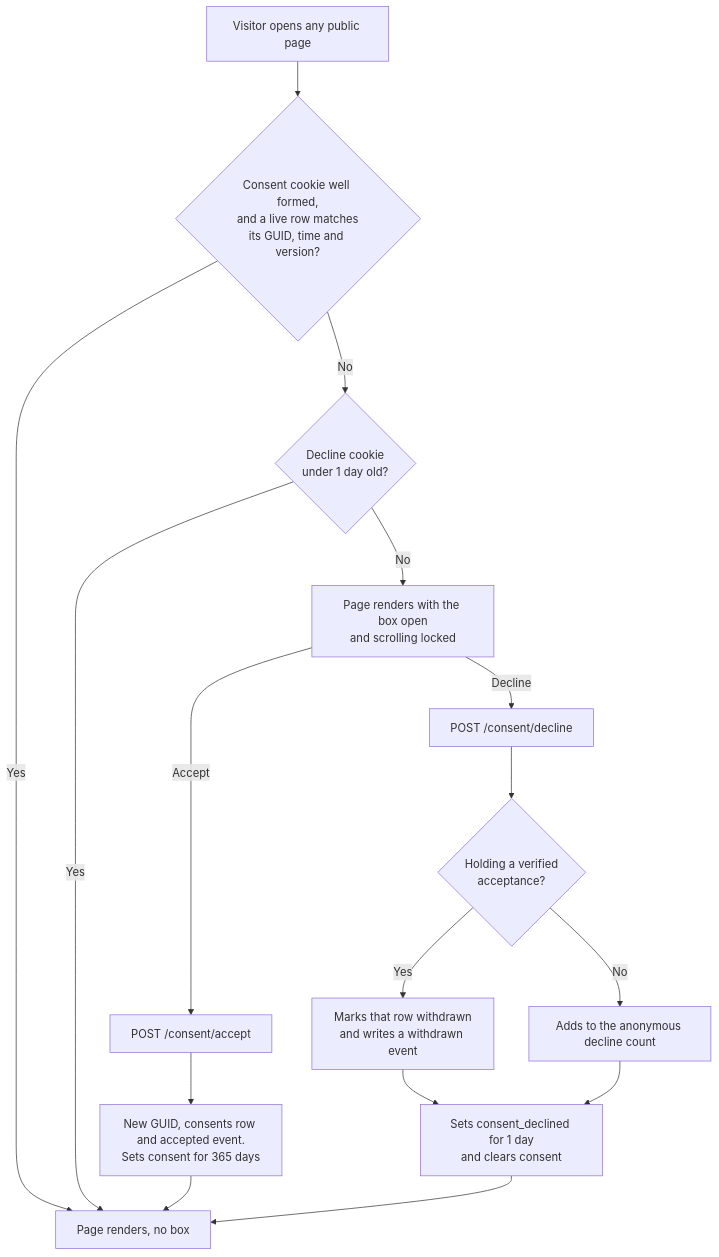
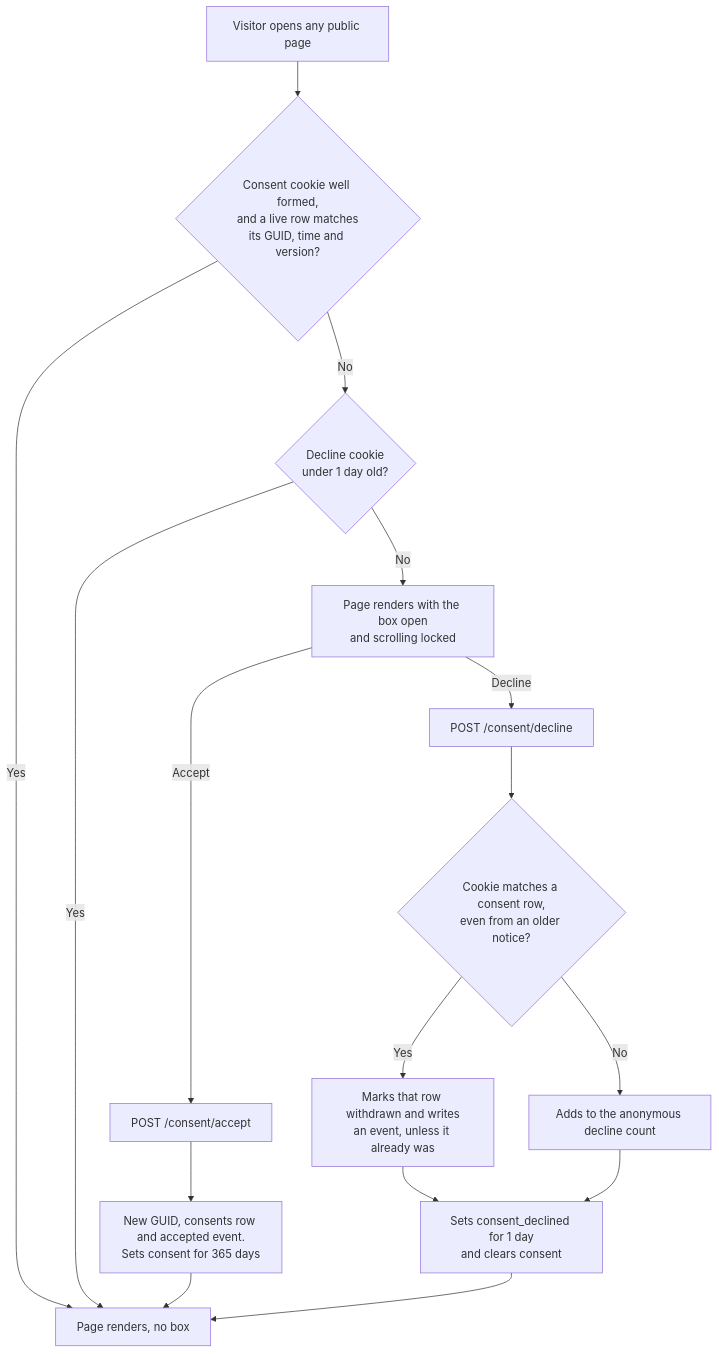
The second of 2 diagrams in README.md (imanbinamran/meridian-consent), drawn with Mermaid before and after one commit. The commit also changed other lines of this file, not shown here.

````diff
--- a/README.md
+++ b/README.md
@@ -166,18 +166,18 @@
 ```mermaid
 flowchart TD
     A[Visitor opens any public page] --> B{"Consent cookie well formed,<br/>and a live row matches<br/>its GUID, time and version?"}
     B -- Yes --> C[Page renders, no box]
     B -- No --> D{"Decline cookie<br/>under 1 day old?"}
     D -- Yes --> C
     D -- No --> E[Page renders with the box open<br/>and scrolling locked]
     E -- Accept --> F[POST /consent/accept]
     E -- Decline --> G[POST /consent/decline]
     F --> H["New GUID, consents row and accepted event.<br/>Sets consent for 365 days"]
-    G --> I{"Holding a verified<br/>acceptance?"}
-    I -- Yes --> J[Marks that row withdrawn<br/>and writes a withdrawn event]
+    G --> I{"Cookie matches a consent row,<br/>even from an older notice?"}
+    I -- Yes --> J["Marks that row withdrawn and writes<br/>an event, unless it already was"]
     I -- No --> K[Adds to the anonymous decline count]
     J --> L["Sets consent_declined for 1 day<br/>and clears consent"]
     K --> L
     H --> C
     L --> C
 ```
````
